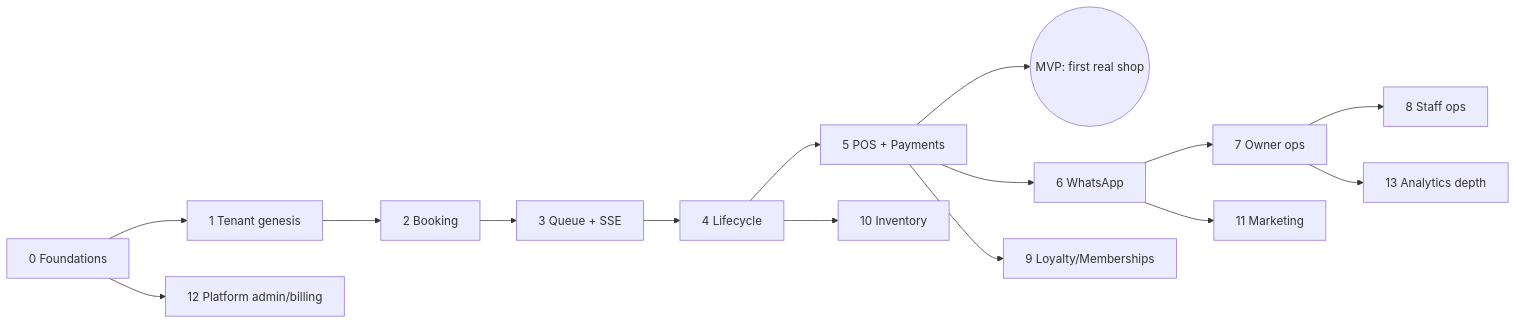
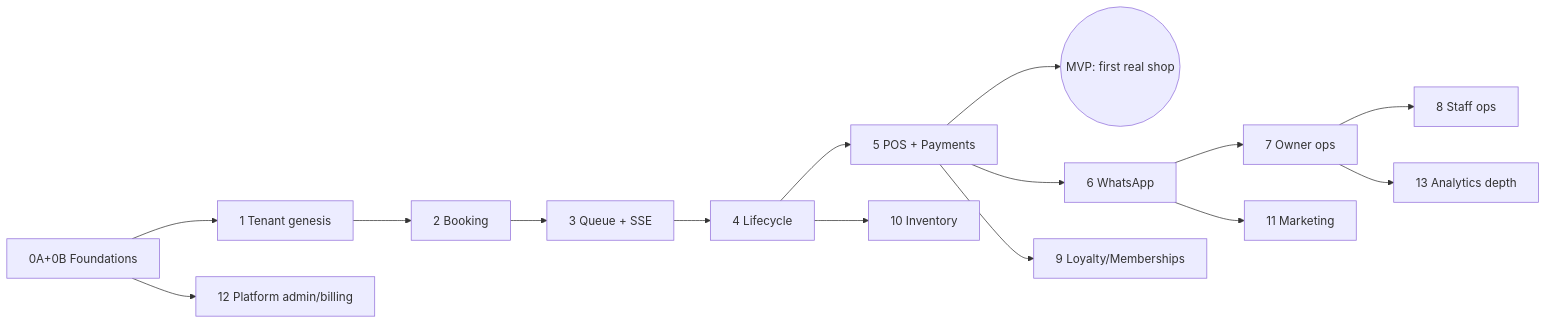
One commit to danish-kv/barber-os changed the diagram in docs/architecture/PRODUCTION_ROADMAP.md. Above: the diagram before and after it, drawn with Mermaid. The commit also changed other lines of this file and 252 other files, not shown here.

````diff
--- a/docs/architecture/PRODUCTION_ROADMAP.md
+++ b/docs/architecture/PRODUCTION_ROADMAP.md
@@ -150,13 +161,13 @@
 ```mermaid
 flowchart LR
-    P0[0 Foundations] --> P1[1 Tenant genesis] --> P2[2 Booking]
+    P0[0A+0B Foundations] --> P1[1 Tenant genesis] --> P2[2 Booking]
     P2 --> P3[3 Queue + SSE] --> P4[4 Lifecycle] --> P5[5 POS + Payments]
     P5 --> MVP((MVP: first real shop))
     P5 --> P6[6 WhatsApp] --> P7[7 Owner ops]
     P7 --> P8[8 Staff ops]
     P5 --> P9[9 Loyalty/Memberships]
     P4 --> P10[10 Inventory]
     P6 --> P11[11 Marketing]
     P0 --> P12[12 Platform admin/billing]
     P7 --> P13[13 Analytics depth]
 ```
````
